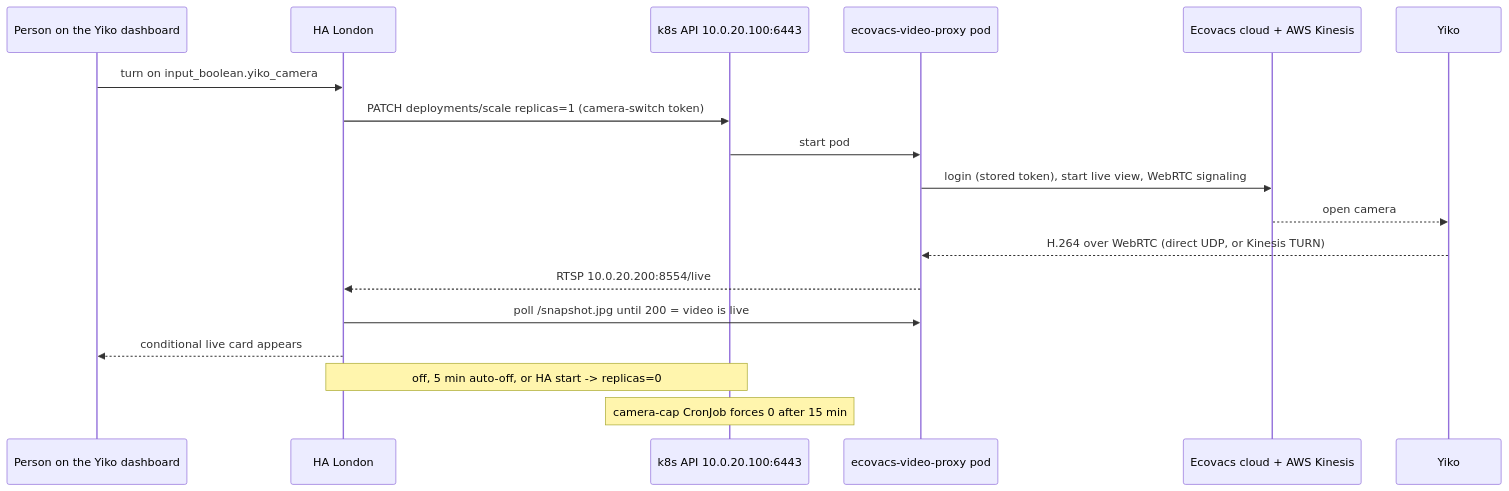
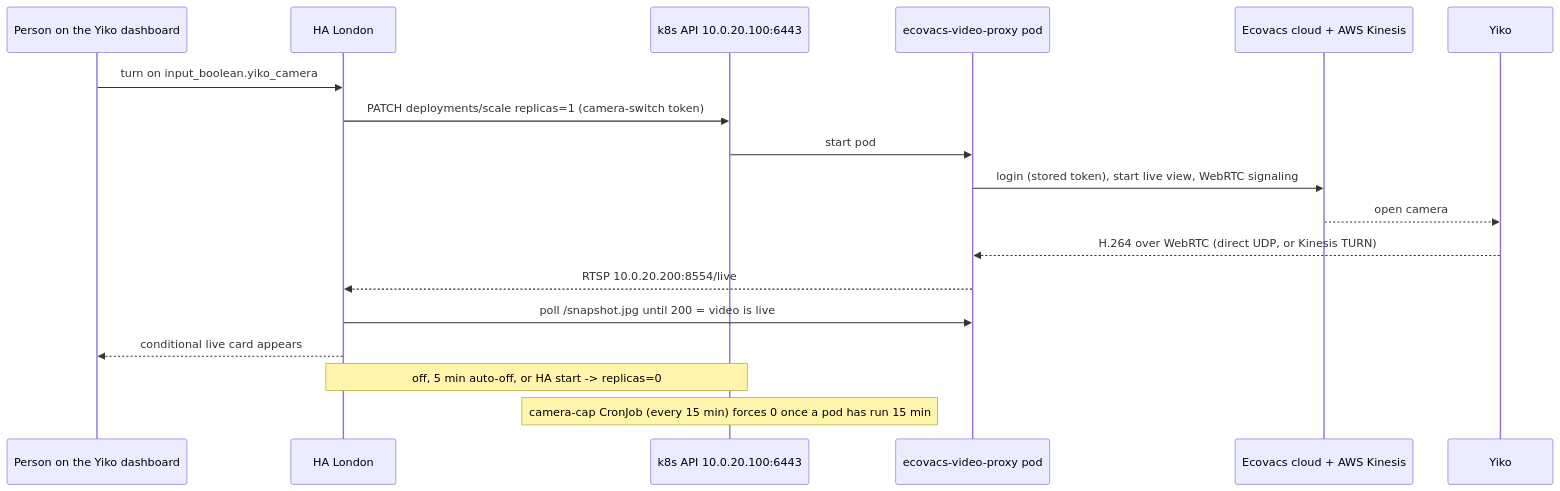
The diagram in docs/runbooks/london-yiko.md (ViktorBarzin/infra), drawn with Mermaid before and after one commit. The commit also changed 24 other files, not shown here.

````diff
--- a/docs/runbooks/london-yiko.md
+++ b/docs/runbooks/london-yiko.md
@@ -10,20 +10,20 @@
 ```mermaid
 sequenceDiagram
     participant U as Person on the Yiko dashboard
     participant HA as HA London
     participant K as k8s API 10.0.20.100:6443
     participant B as ecovacs-video-proxy pod
     participant E as Ecovacs cloud + AWS Kinesis
     participant R as Yiko
     U->>HA: turn on input_boolean.yiko_camera
     HA->>K: PATCH deployments/scale replicas=1 (camera-switch token)
     K->>B: start pod
     B->>E: login (stored token), start live view, WebRTC signaling
     E-->>R: open camera
     R-->>B: H.264 over WebRTC (direct UDP, or Kinesis TURN)
     B-->>HA: RTSP 10.0.20.200:8554/live
     HA->>B: poll /snapshot.jpg until 200 = video is live
     HA-->>U: conditional live card appears
     Note over HA,K: off, 5 min auto-off, or HA start -> replicas=0
-    Note over K: camera-cap CronJob forces 0 after 15 min
+    Note over K: camera-cap CronJob (every 15 min) forces 0 once a pod has run 15 min
 ```
````
